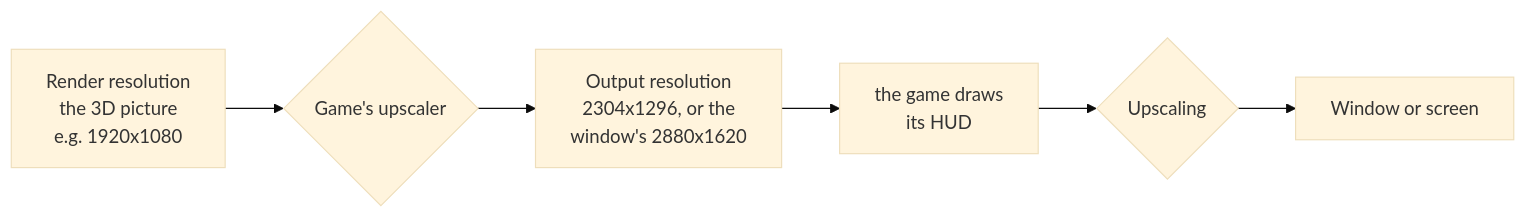
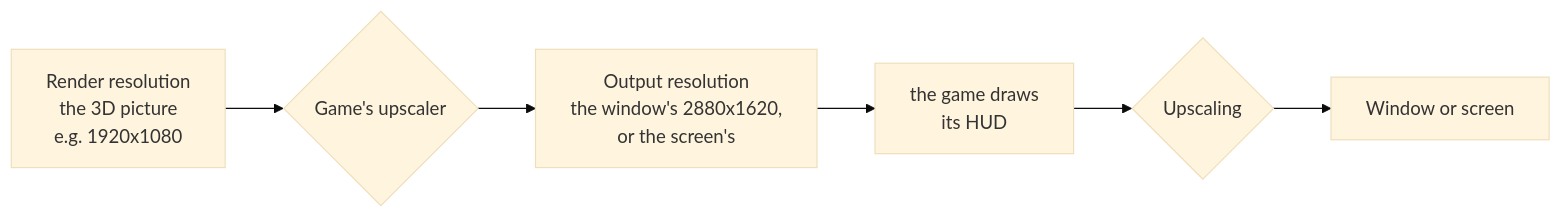
Before and after one commit to lunks/nxnative: the first of 6 diagrams in docs/settings.md, drawn with Mermaid (base theme). The commit also changed other lines of this file and 12 other files, not shown here.

````diff
--- a/docs/settings.md
+++ b/docs/settings.md
@@ -62,6 +62,6 @@
 ```mermaid
 flowchart LR
     R["Render resolution<br/>the 3D picture<br/>e.g. 1920x1080"] --> U{"Game's upscaler"}
-    U --> O["Output resolution<br/>2304x1296, or the<br/>window's 2880x1620"]
+    U --> O["Output resolution<br/>the window's 2880x1620,<br/>or the screen's"]
     O --> H["the game draws<br/>its HUD"] --> S{Upscaling} --> W["Window or screen"]
 ```
````
